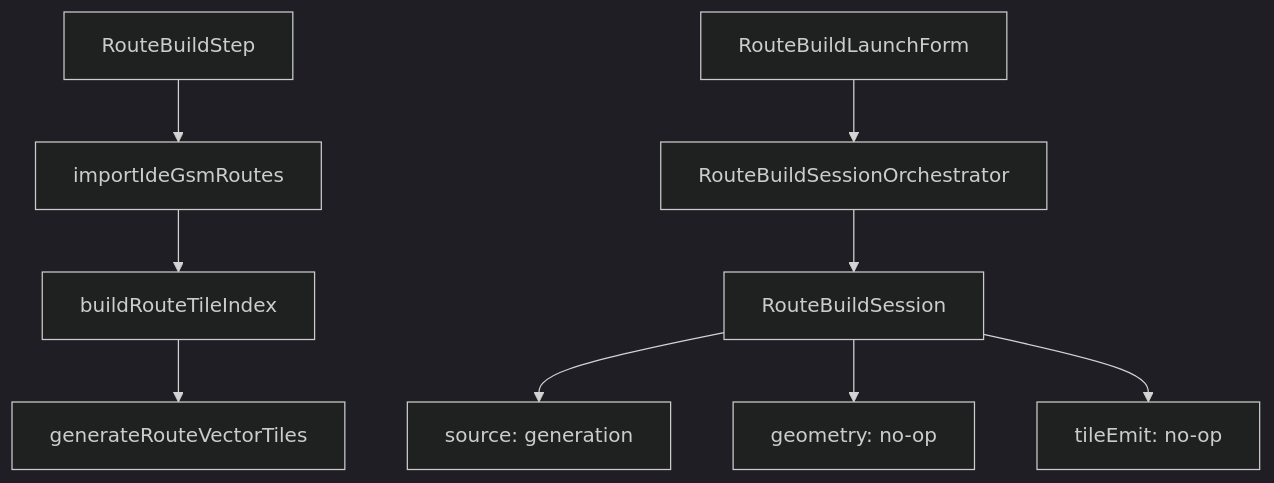
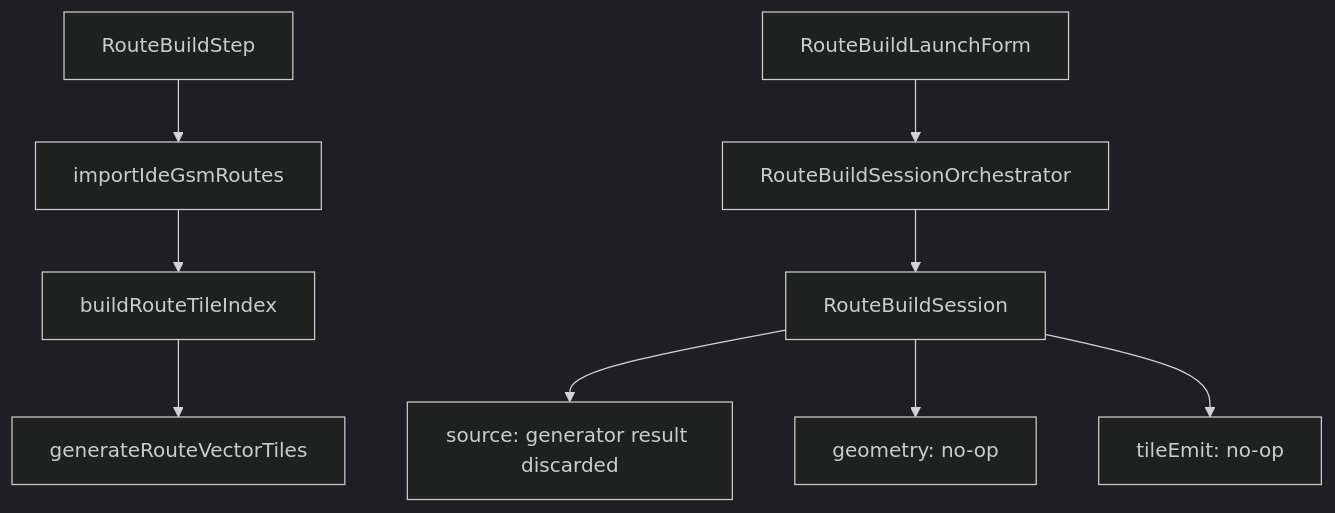
The fifth of 5 diagrams in plans/current-route-stage-flow.md (kubohiroya/hierarchidb), drawn with Mermaid (dark theme) before and after one commit. The commit also changed other lines of this file and 3 other files, not shown here.

````diff
--- a/plans/current-route-stage-flow.md
+++ b/plans/current-route-stage-flow.md
@@ -95,14 +95,14 @@
 ```mermaid
 flowchart TD
   UI[RouteBuildStep]
   UI --> DIRECT[importIdeGsmRoutes]
   DIRECT --> INDEX[buildRouteTileIndex]
   INDEX --> MVT[generateRouteVectorTiles]
 
   FORM[RouteBuildLaunchForm]
   FORM --> ORCH[RouteBuildSessionOrchestrator]
   ORCH --> SESSION[RouteBuildSession]
-  SESSION --> SOURCE[source: generation]
+  SESSION --> SOURCE[source: generator result discarded]
   SESSION --> NOOP1[geometry: no-op]
   SESSION --> NOOP2[tileEmit: no-op]
 ```
````
